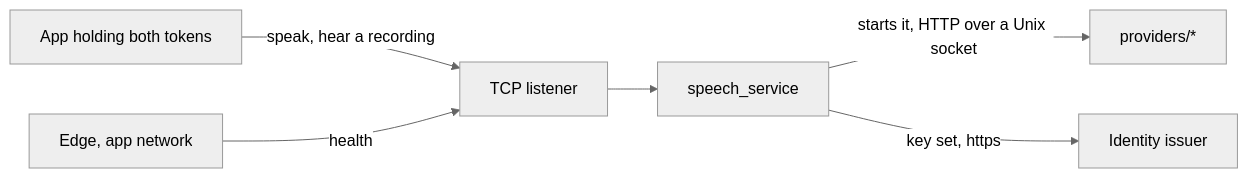
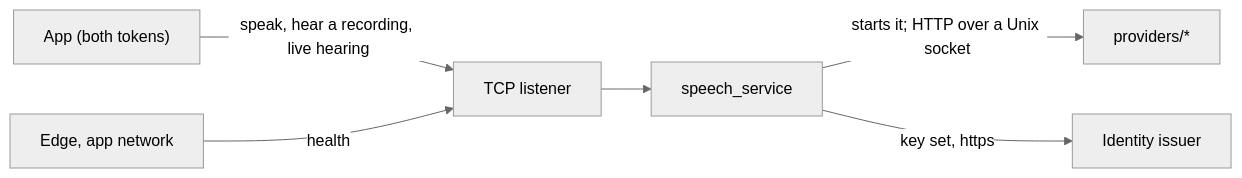
Before and after one commit to overnightworks/speech: the first of 3 diagrams in docs/ARCHITECTURE.md, drawn with Mermaid (neutral theme). The commit also changed other lines of this file and 1 other file, not shown here.

First line of the commit message:
README and ARCHITECTURE are cut to their write-docs budgets (#514)

````diff
--- a/docs/ARCHITECTURE.md
+++ b/docs/ARCHITECTURE.md
@@ -16,8 +13,8 @@
 ```mermaid
 flowchart LR
-    app[App holding both tokens] -->|speak, hear a recording| listener[TCP listener]
-    edge[Edge, app network] -->|health| listener
+    app["App (both tokens)"] -->|speak, hear a recording, live hearing| listener[TCP listener]
+    edge["Edge, app network"] -->|health| listener
     listener --> service[speech_service]
-    service -->|starts it, HTTP over a Unix socket| providers[providers/*]
+    service -->|starts it; HTTP over a Unix socket| providers["providers/*"]
     service -->|key set, https| issuer[Identity issuer]
 ```
````
